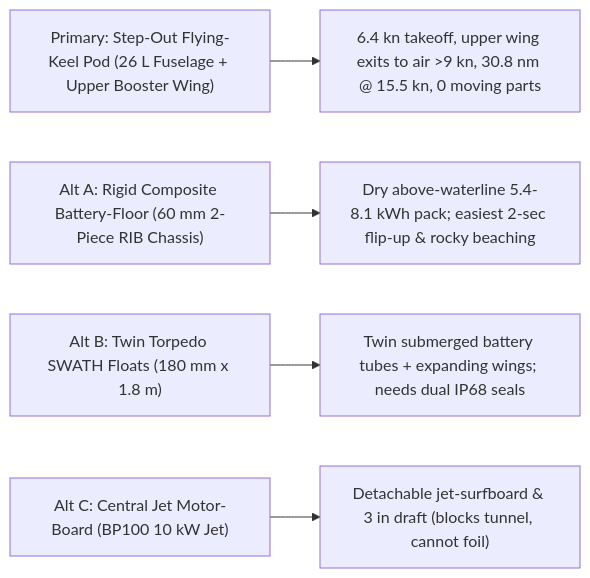
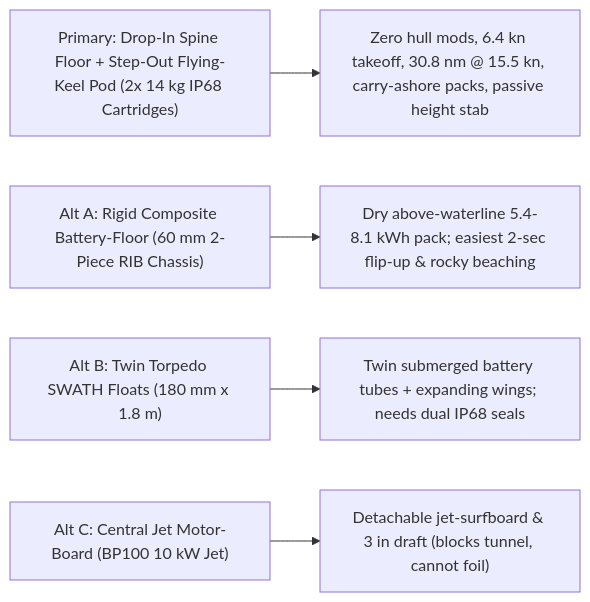
The third of 3 diagrams in electric-foiling-dinghy-guide.md (boats-boats-boats/foil-skiff), drawn with Mermaid before and after one commit. The commit also changed other lines of this file and 2 other files, not shown here.

Commit message:
Integrate drop-in rigid Spine Floor, swappable IP68 cartridges, and auto-trim into core FoilSkiff architecture

````diff
--- a/electric-foiling-dinghy-guide.md
+++ b/electric-foiling-dinghy-guide.md
@@ -143,7 +142,7 @@
 ```mermaid
 flowchart LR
-    P["Primary: Step-Out Flying-Keel Pod (26 L Fuselage + Upper Booster Wing)"] --> P1["6.4 kn takeoff, upper wing exits to air >9 kn, 30.8 nm @ 15.5 kn, 0 moving parts"]
+    P["Primary: Drop-In Spine Floor + Step-Out Flying-Keel Pod (2x 14 kg IP68 Cartridges)"] --> P1["Zero hull mods, 6.4 kn takeoff, 30.8 nm @ 15.5 kn, carry-ashore packs, passive height stab"]
     C["Alt A: Rigid Composite Battery-Floor (60 mm 2-Piece RIB Chassis)"] --> C1["Dry above-waterline 5.4-8.1 kWh pack; easiest 2-sec flip-up & rocky beaching"]
     A["Alt B: Twin Torpedo SWATH Floats (180 mm x 1.8 m)"] --> A1["Twin submerged battery tubes + expanding wings; needs dual IP68 seals"]
     B["Alt C: Central Jet Motor-Board (BP100 10 kW Jet)"] --> B1["Detachable jet-surfboard & 3 in draft (blocks tunnel, cannot foil)"]
 ```
````
